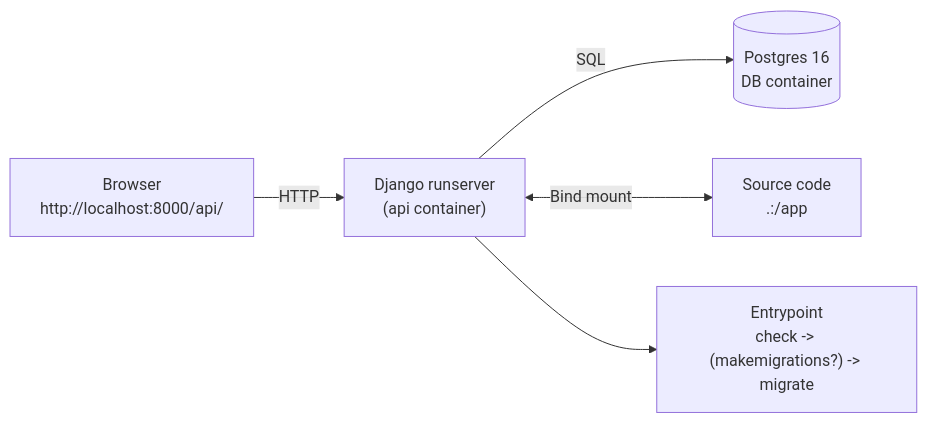
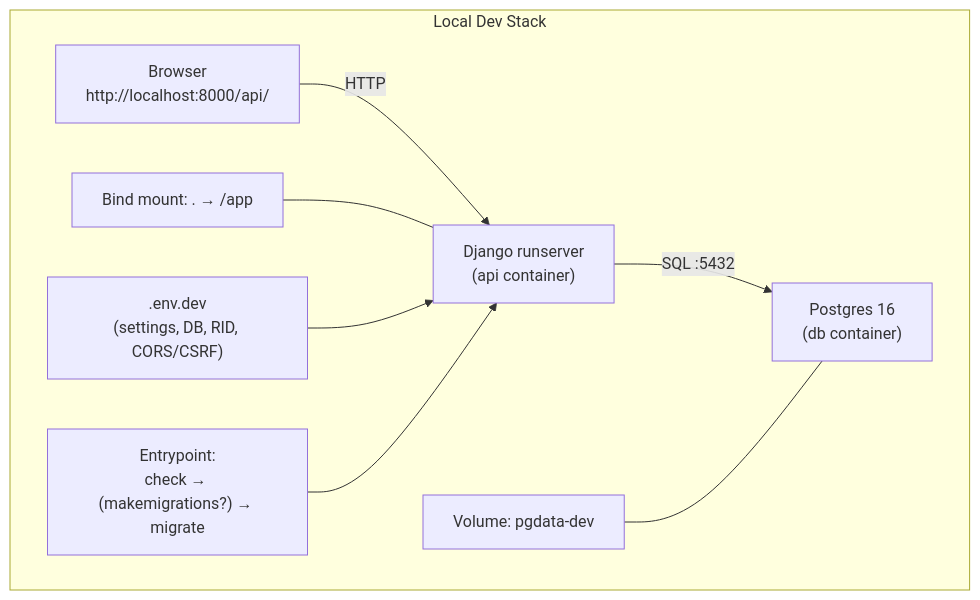
Before and after one commit to N4927/billyApp: the first of 2 diagrams in README.md, drawn with Mermaid. The commit also changed other lines of this file, not shown here.

````diff
--- a/README.md
+++ b/README.md
@@ -246,7 +235,20 @@
 ```mermaid
-flowchart LR
-  A["Browser<br/>http://localhost:8000/api/"] -->|HTTP| B["Django runserver<br/>(api container)"]
-  B -->|SQL| C[(Postgres 16<br/>DB container)]
-  B <-->|Bind mount| D["Source code<br/>.:/app"]
-  B --> E["Entrypoint<br/>check -> (makemigrations?) -> migrate"]
+flowchart TB
+  subgraph DEV["Local Dev Stack"]
+    direction LR
+    A["Browser\nhttp://localhost:8000/api/"]
+    B["Django runserver\n(api container)"]
+    C["Postgres 16\n(db container)"]
+    V1["Volume: pgdata-dev"]
+    M["Bind mount: . → /app"]
+    E["Entrypoint:\ncheck → (makemigrations?) → migrate"]
+    ENV[".env.dev\n(settings, DB, RID, CORS/CSRF)"]
+
+    A -->|HTTP| B
+    B -->|SQL :5432| C
+    V1 --- C
+    M --- B
+    ENV --> B
+    E --> B
+  end
 ```
````
